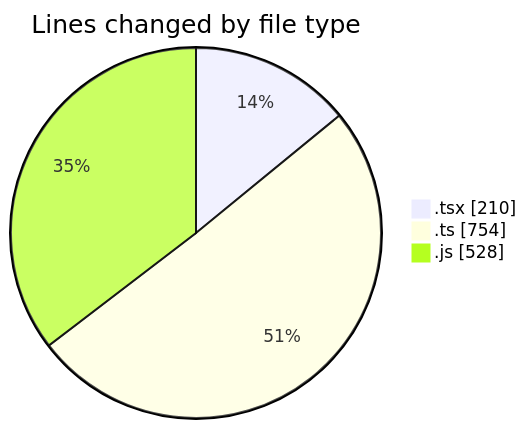
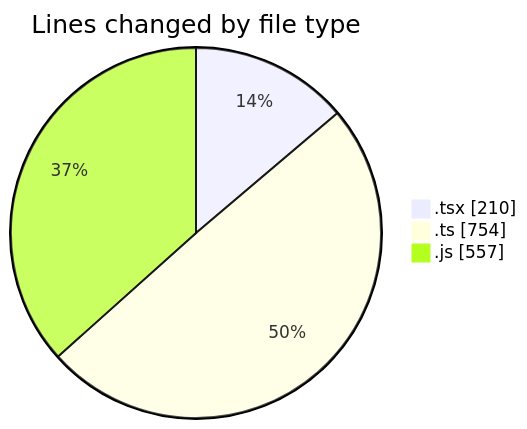
The first of 2 diagrams in 2026-06-01/cda/README.md (momahboobian/code-tracking), drawn with Mermaid before and after one commit. The commit also changed other lines of this file and 1 other file, not shown here.

````diff
--- a/2026-06-01/cda/README.md
+++ b/2026-06-01/cda/README.md
@@ -36,7 +37,7 @@
 ```mermaid
 pie showData
 title Lines changed by file type
 ".tsx" : 210
 ".ts" : 754
-".js" : 528
+".js" : 557
 ```
````
